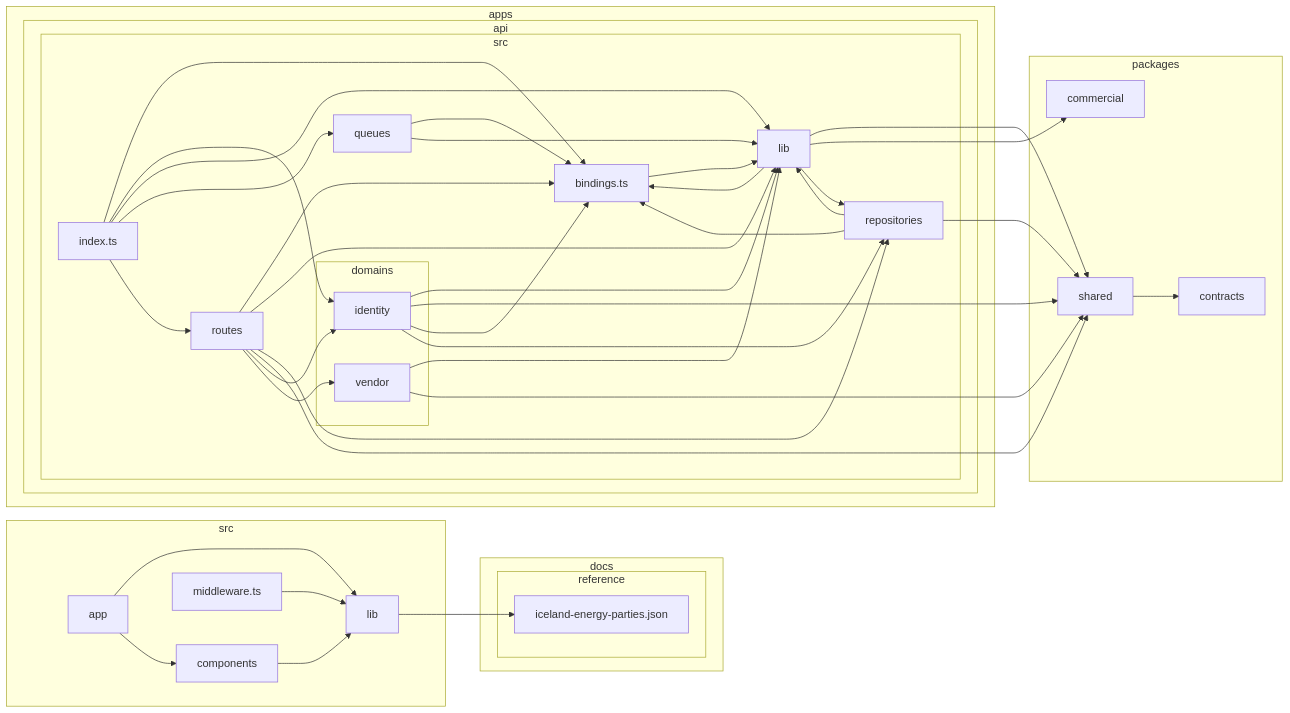
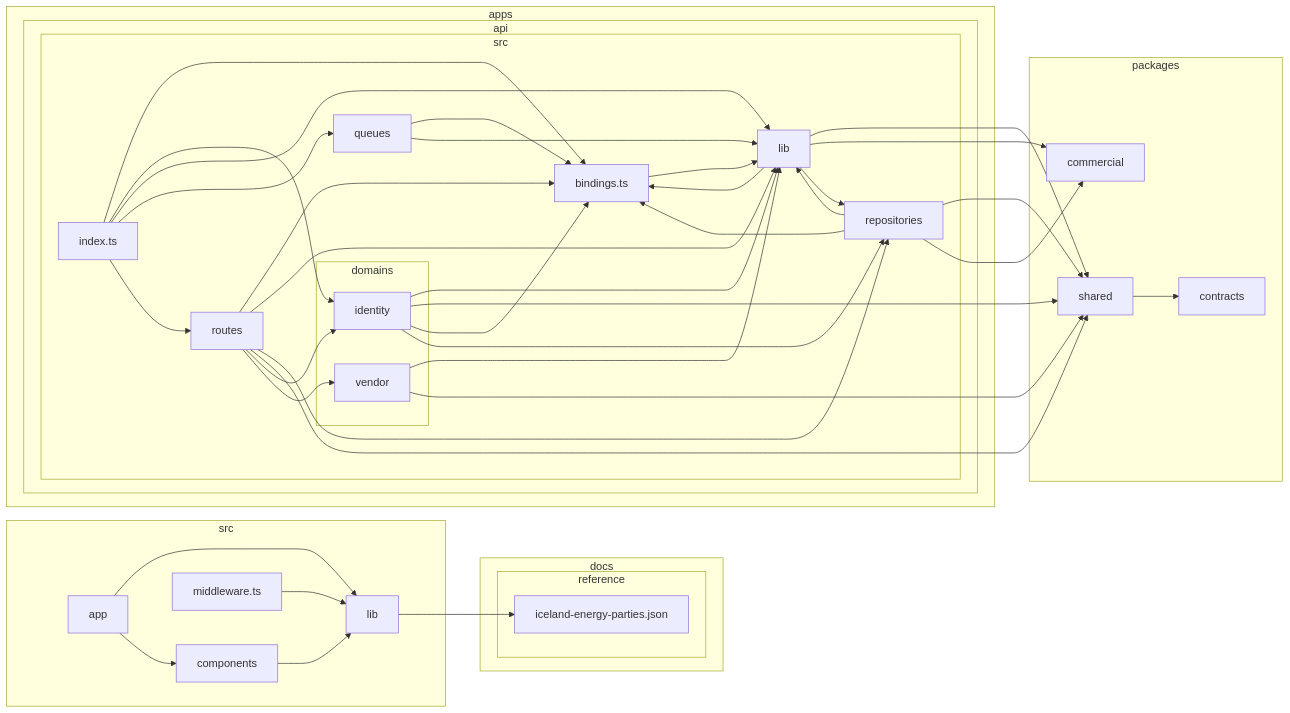
The diagram in docs/architecture/dependency-graph.md (andri187/Straumvakt), drawn with Mermaid before and after one commit. The commit also changed 8 other files, not shown here.

````diff
--- a/docs/architecture/dependency-graph.md
+++ b/docs/architecture/dependency-graph.md
@@ -25,69 +25,70 @@
 ```mermaid
 flowchart LR
 
 subgraph 0["apps"]
 subgraph 1["api"]
 subgraph 2["src"]
 3["bindings.ts"]
 subgraph 4["domains"]
 5["identity"]
 6["vendor"]
 end
 7["index.ts"]
 8["lib"]
 9["queues"]
 A["repositories"]
 B["routes"]
 end
 end
 end
 subgraph C["docs"]
 subgraph D["reference"]
 E["iceland-energy-parties.json"]
 end
 end
 subgraph F["packages"]
 G["commercial"]
 H["contracts"]
 I["shared"]
 end
 subgraph J["src"]
 K["app"]
 L["components"]
 M["lib"]
 N["middleware.ts"]
 end
 3-->8
 5-->8
 5-->I
 5-->3
 5-->A
 6-->8
 6-->I
 7-->3
 7-->5
 7-->8
 7-->9
 7-->B
 8-->3
 8-->I
 8-->G
 8-->A
 9-->3
 9-->8
 A-->8
 A-->I
 A-->3
+A-->G
 B-->3
 B-->8
 B-->A
 B-->I
 B-->5
 B-->6
 I-->H
 K-->M
 K-->L
 L-->M
 M-->E
 N-->M
 ```
````
